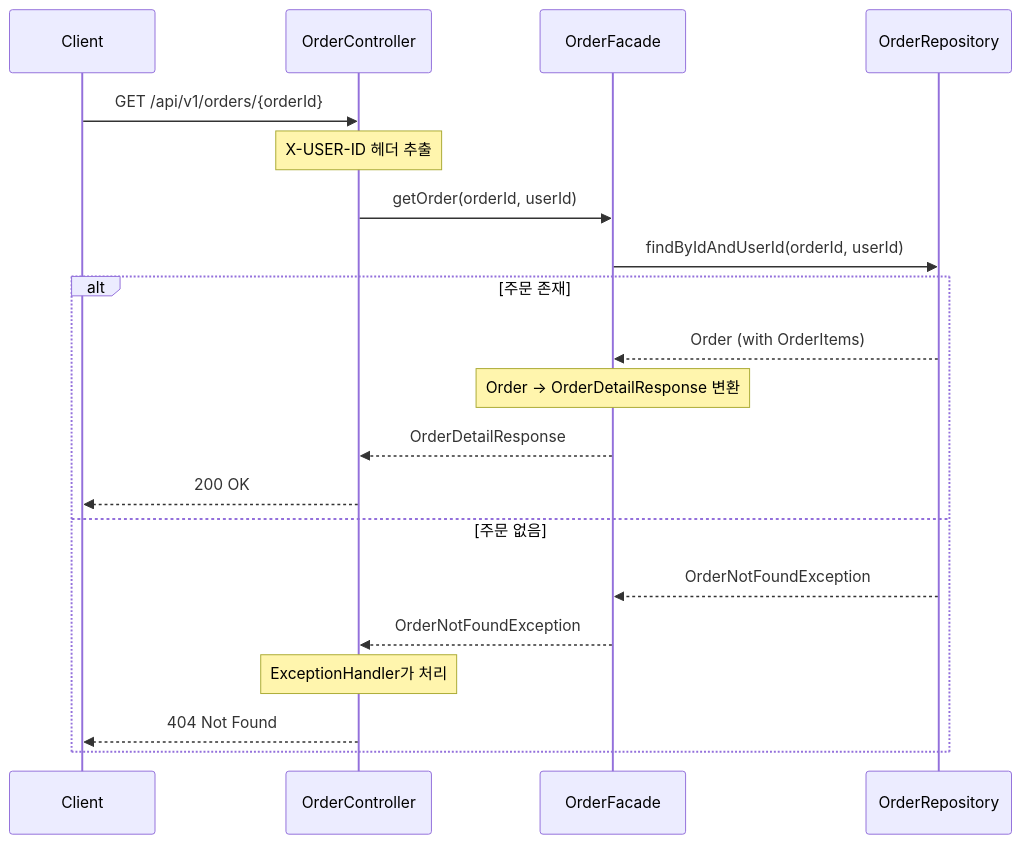
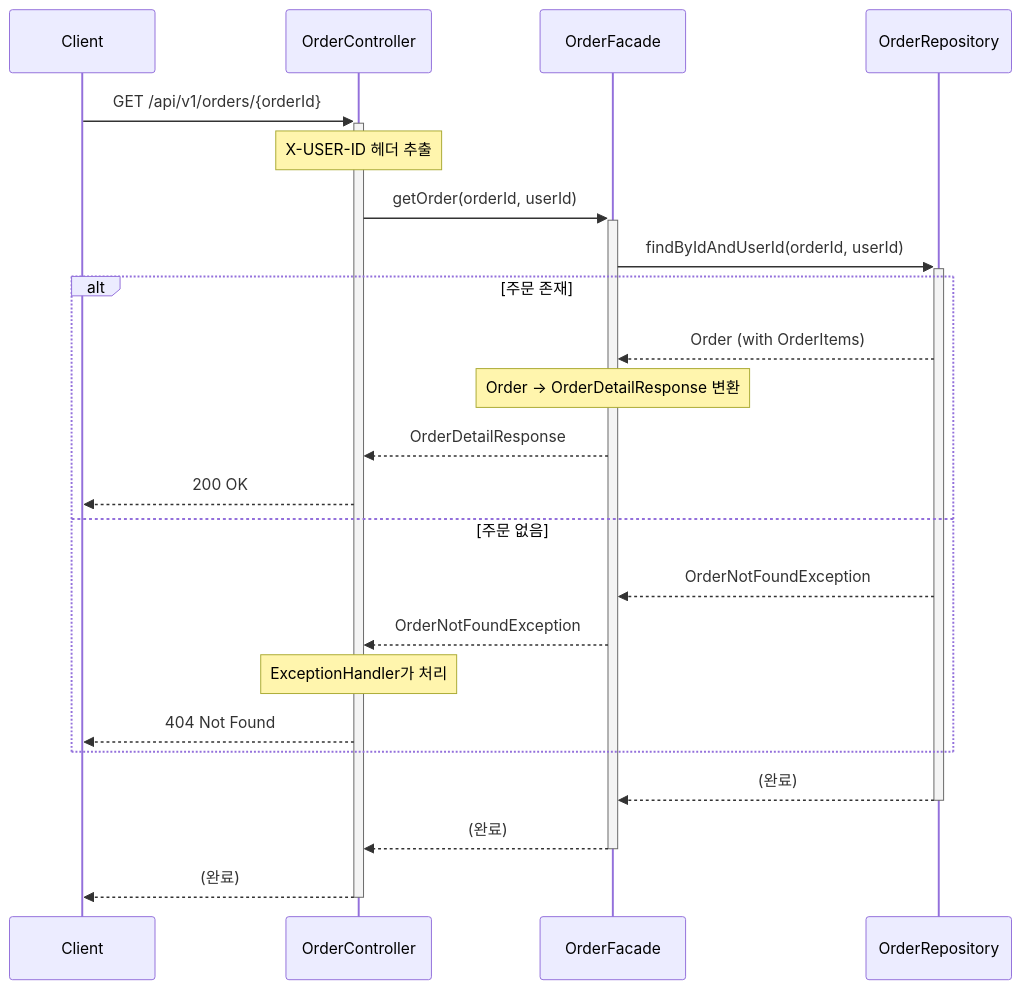
Diagram 16 of 16 in docs/week2/02-sequence-diagrams.md (Loopers-dev-lab/loopers-spring-java-template), drawn with Mermaid before and after one commit. The commit also changed other lines of this file, not shown here.

Commit message:
docs: 시퀀스 다이어그램 activation bar 추가

````diff
--- a/docs/week2/02-sequence-diagrams.md
+++ b/docs/week2/02-sequence-diagrams.md
@@ -695,26 +694,30 @@
 ```mermaid
 sequenceDiagram
     participant Client
     participant OrderController
     participant OrderFacade
     participant OrderRepository
 
-    Client->>OrderController: GET /api/v1/orders/{orderId}
+    Client->>+OrderController: GET /api/v1/orders/{orderId}
     Note over OrderController: X-USER-ID 헤더 추출
 
-    OrderController->>OrderFacade: getOrder(orderId, userId)
+    OrderController->>+OrderFacade: getOrder(orderId, userId)
 
-    OrderFacade->>OrderRepository: findByIdAndUserId(orderId, userId)
+    OrderFacade->>+OrderRepository: findByIdAndUserId(orderId, userId)
 
     alt 주문 존재
         OrderRepository-->>OrderFacade: Order (with OrderItems)
         Note over OrderFacade: Order → OrderDetailResponse 변환
         OrderFacade-->>OrderController: OrderDetailResponse
         OrderController-->>Client: 200 OK
     else 주문 없음
         OrderRepository-->>OrderFacade: OrderNotFoundException
         OrderFacade-->>OrderController: OrderNotFoundException
         Note over OrderController: ExceptionHandler가 처리
         OrderController-->>Client: 404 Not Found
     end
+
+    OrderRepository-->>-OrderFacade: (완료)
+    OrderFacade-->>-OrderController: (완료)
+    OrderController-->>-Client: (완료)
 ```
````
